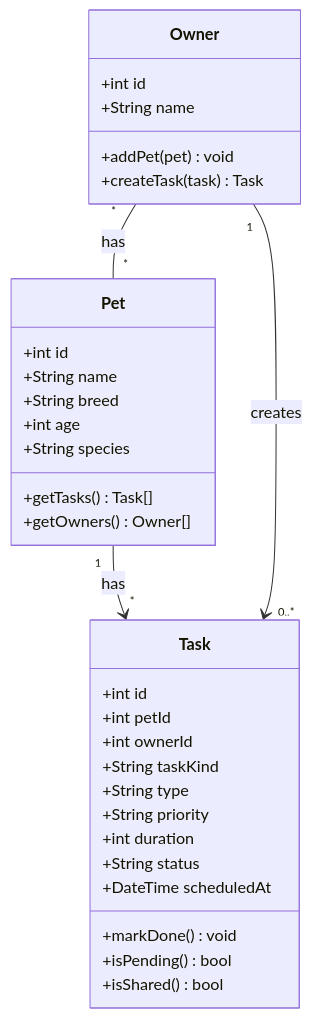
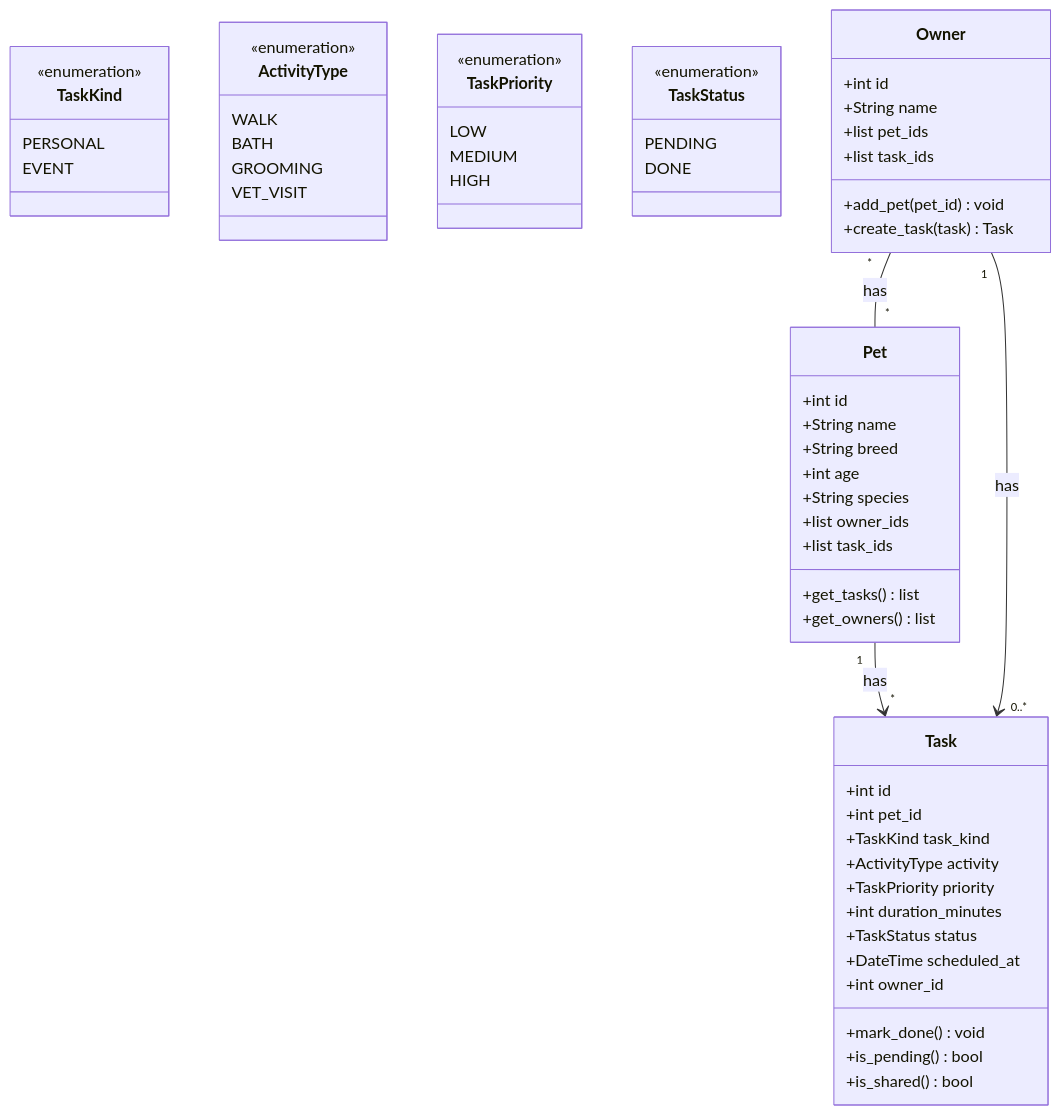
The diagram in diagrams/uml_draft.mmd (caBrer24/ai110-pawpal), drawn with Mermaid before and after one commit. The commit also changed 1 other file, not shown here.

```diff
--- a/diagrams/uml_draft.mmd
+++ b/diagrams/uml_draft.mmd
@@ -1,36 +1,67 @@
 classDiagram
+    class TaskKind {
+        <<enumeration>>
+        PERSONAL
+        EVENT
+    }
+
+    class ActivityType {
+        <<enumeration>>
+        WALK
+        BATH
+        GROOMING
+        VET_VISIT
+    }
+
+    class TaskPriority {
+        <<enumeration>>
+        LOW
+        MEDIUM
+        HIGH
+    }
+
+    class TaskStatus {
+        <<enumeration>>
+        PENDING
+        DONE
+    }
+
     class Owner {
         +int id
         +String name
-        +addPet(pet) void
-        +createTask(task) Task
+        +list pet_ids
+        +list task_ids
+        +add_pet(pet_id) void
+        +create_task(task) Task
     }
 
     class Pet {
         +int id
         +String name
         +String breed
         +int age
         +String species
-        +getTasks() Task[]
-        +getOwners() Owner[]
+        +list owner_ids
+        +list task_ids
+        +get_tasks() list
+        +get_owners() list
     }
 
     class Task {
         +int id
-        +int petId
-        +int ownerId
-        +String taskKind
-        +String type
-        +String priority
-        +int duration
-        +String status
-        +DateTime scheduledAt
-        +markDone() void
-        +isPending() bool
-        +isShared() bool
+        +int pet_id
+        +TaskKind task_kind
+        +ActivityType activity
+        +TaskPriority priority
+        +int duration_minutes
+        +TaskStatus status
+        +DateTime scheduled_at
+        +int owner_id
+        +mark_done() void
+        +is_pending() bool
+        +is_shared() bool
     }
 
     Owner "*" -- "*" Pet : has
     Pet "1" --> "*" Task : has
-    Owner "1" --> "0..*" Task : creates
+    Owner "1" --> "0..*" Task : has
```
